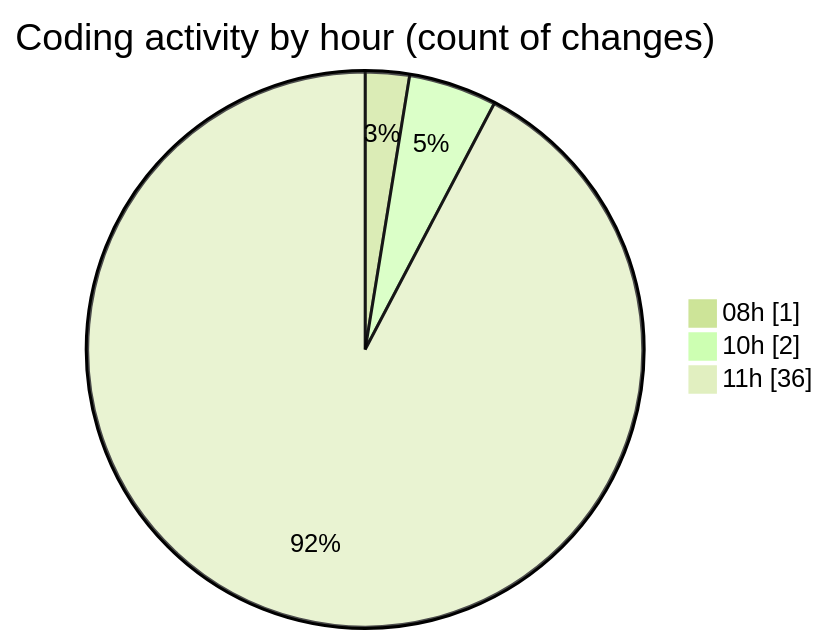
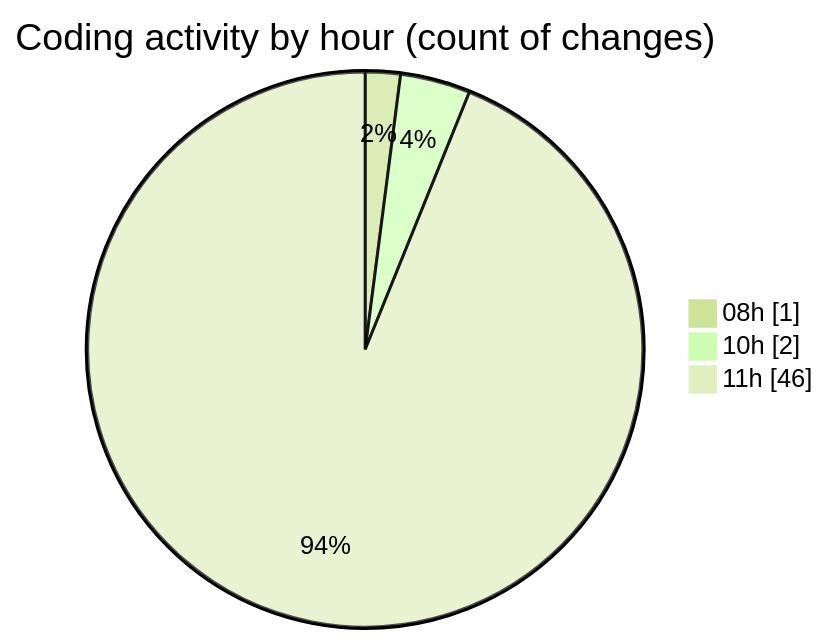
One commit to momahboobian/code-tracking changed the second of 2 diagrams in 2025-07-03/cda/README.md. Above: the diagram before and after it, drawn with Mermaid (forest theme). The commit also changed other lines of this file and 1 other file, not shown here.

````diff
--- a/2025-07-03/cda/README.md
+++ b/2025-07-03/cda/README.md
@@ -34,7 +37,7 @@
 ```mermaid
 pie showData
 title Coding activity by hour (count of changes)
 "08h" : 1
 "10h" : 2
-"11h" : 36
+"11h" : 46
 ```
````
